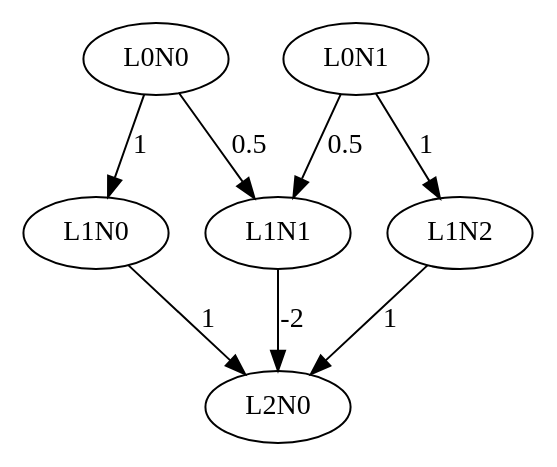
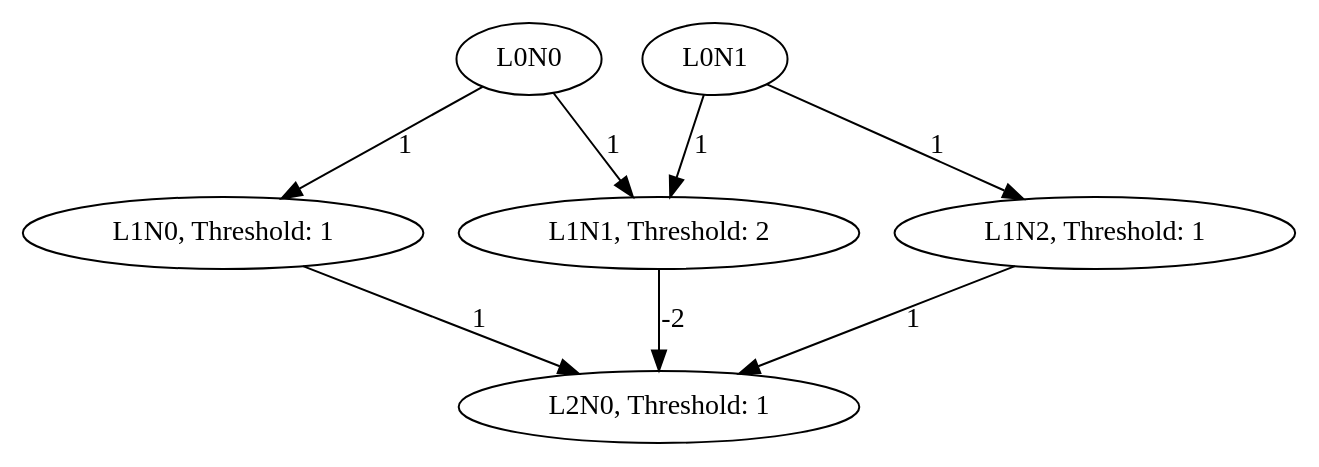
Before and after one commit to rossfoley/neural-network-go: the diagram in neuralnetwork.dot, drawn with Graphviz. The commit also changed 5 other files, not shown here.

```diff
--- a/neuralnetwork.dot
+++ b/neuralnetwork.dot
@@ -1,16 +1,16 @@
 digraph NeuralNetwork {
 	L0N0->L1N0[ label=1 ];
-	L0N0->L1N1[ label=0.5 ];
-	L0N1->L1N1[ label=0.5 ];
+	L0N0->L1N1[ label=1 ];
+	L0N1->L1N1[ label=1 ];
 	L0N1->L1N2[ label=1 ];
 	L1N0->L2N0[ label=1 ];
 	L1N1->L2N0[ label=-2 ];
 	L1N2->L2N0[ label=1 ];
 	L0N0;
 	L0N1;
-	L1N0;
-	L1N1;
-	L1N2;
-	L2N0;
+	L1N0 [ label="L1N0, Threshold: 1" ];
+	L1N1 [ label="L1N1, Threshold: 2" ];
+	L1N2 [ label="L1N2, Threshold: 1" ];
+	L2N0 [ label="L2N0, Threshold: 1" ];
 
 }
```
